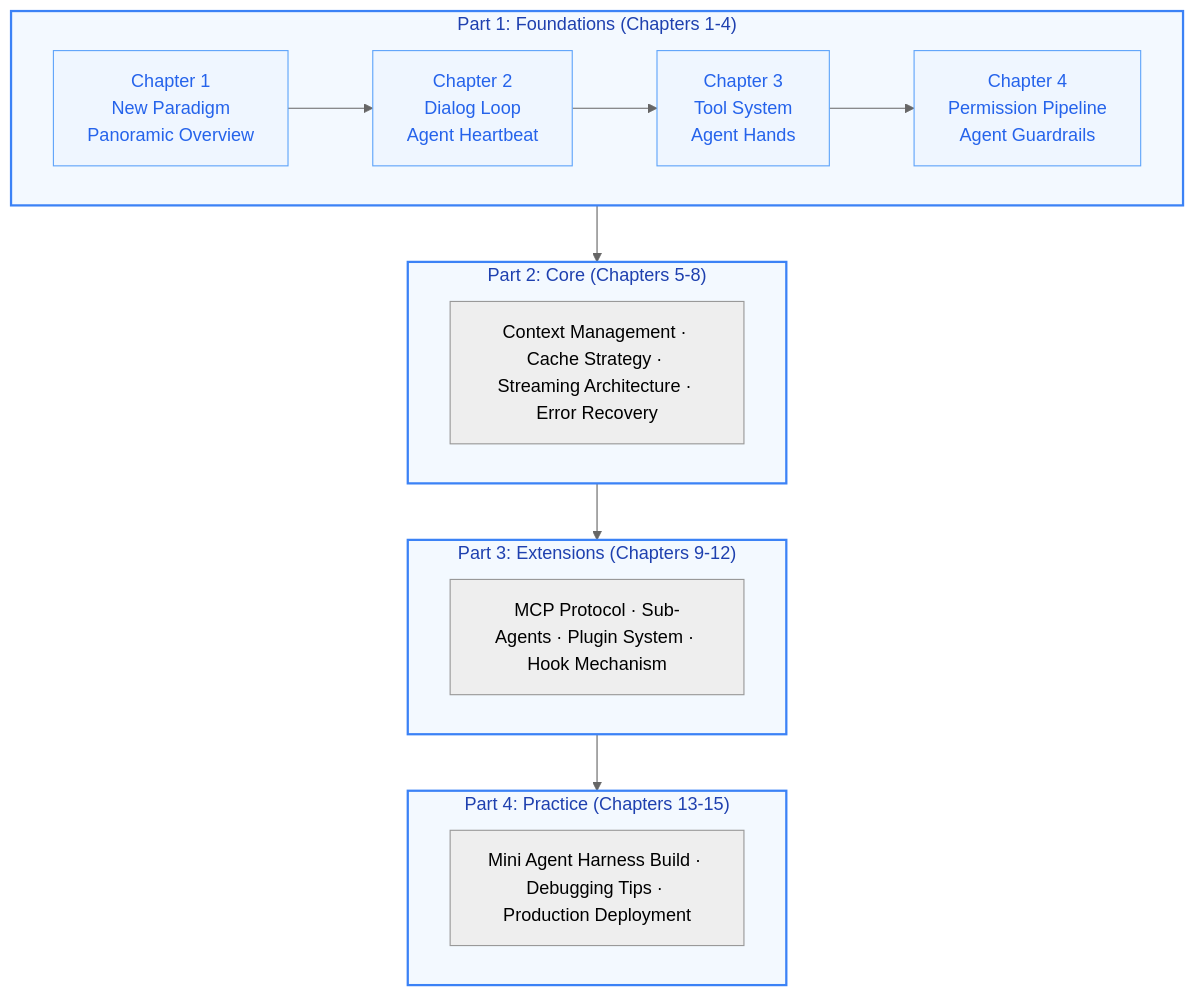
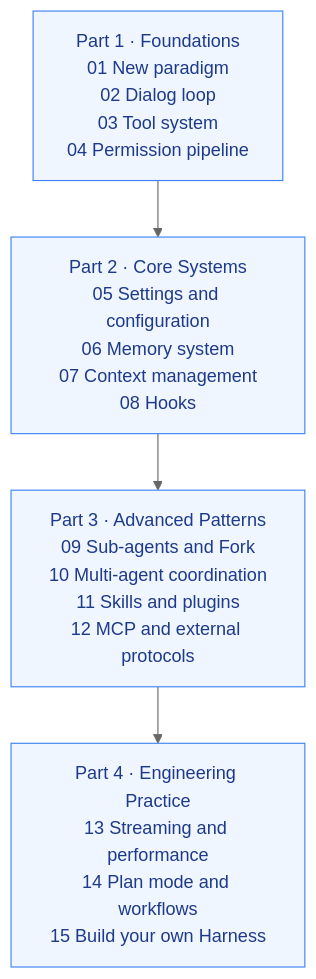
Before and after one commit to lintsinghua/claude-code-book: the third of 3 diagrams in en/00-Foreword.md, drawn with Mermaid (neutral theme). The commit also changed 21 other files, not shown here.

First line of the commit message:
chore: update .gitignore, add package.json and package-lock.json, and enhance Mermaid diagrams

````diff
--- a/en/00-Foreword.md
+++ b/en/00-Foreword.md
@@ -138,26 +138,10 @@
 ```mermaid
-flowchart TD
-    subgraph part1["Part 1: Foundations (Chapters 1-4)"]
-        direction LR
-        ch1["Chapter 1<br/>New Paradigm<br/>Panoramic Overview"] --> ch2["Chapter 2<br/>Dialog Loop<br/>Agent Heartbeat"] --> ch3["Chapter 3<br/>Tool System<br/>Agent Hands"] --> ch4["Chapter 4<br/>Permission Pipeline<br/>Agent Guardrails"]
-    end
-
-    subgraph part2["Part 2: Core (Chapters 5-8)"]
-        core["Context Management · Cache Strategy · Streaming Architecture · Error Recovery"]
-    end
-
-    subgraph part3["Part 3: Extensions (Chapters 9-12)"]
-        ext["MCP Protocol · Sub-Agents · Plugin System · Hook Mechanism"]
-    end
-
-    subgraph part4["Part 4: Practice (Chapters 13-15)"]
-        practice["Mini Agent Harness Build · Debugging Tips · Production Deployment"]
-    end
-
-    part1 --> part2 --> part3 --> part4
-
-    classDef section fill:#f3f9ff,stroke:#3b82f6,stroke-width:2px,color:#1e40af
-    classDef chapter fill:#eff6ff,stroke:#60a5fa,stroke-width:1px,color:#2563eb
-    class part1,part2,part3,part4 section
-    class ch1,ch2,ch3,ch4 chapter
+flowchart TB
+    p1["Part 1 · Foundations<br/>01 New paradigm<br/>02 Dialog loop<br/>03 Tool system<br/>04 Permission pipeline"]
+    p2["Part 2 · Core Systems<br/>05 Settings and configuration<br/>06 Memory system<br/>07 Context management<br/>08 Hooks"]
+    p3["Part 3 · Advanced Patterns<br/>09 Sub-agents and Fork<br/>10 Multi-agent coordination<br/>11 Skills and plugins<br/>12 MCP and external protocols"]
+    p4["Part 4 · Engineering Practice<br/>13 Streaming and performance<br/>14 Plan mode and workflows<br/>15 Build your own Harness"]
+    p1 --> p2 --> p3 --> p4
+    classDef part fill:#eff6ff,stroke:#3b82f6,color:#1e3a8a
+    class p1,p2,p3,p4 part
 ```
````
